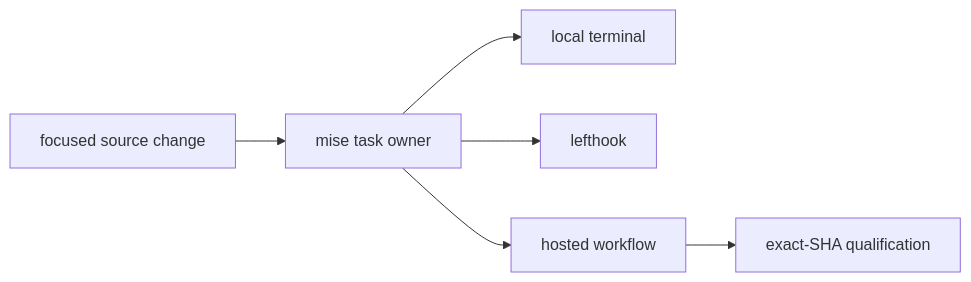
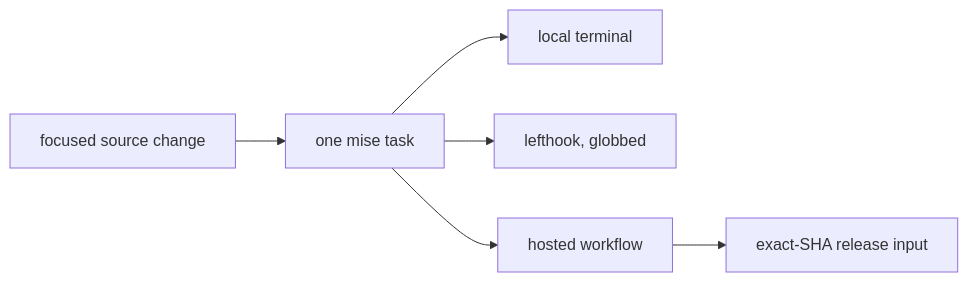
Before and after one commit to LuiGGi629/agentops-open-course: the diagram in content/8. Community/8.5. Contributions.md, drawn with Mermaid. The commit also changed other lines of this file and 58 other files, not shown here.

````diff
--- a/content/8. Community/8.5. Contributions.md
+++ b/content/8. Community/8.5. Contributions.md
@@ -27,8 +82,8 @@
 ```mermaid
 flowchart LR
-    Change["focused source change"] --> Mise["mise task owner"]
+    Change["focused source change"] --> Mise["one mise task"]
     Mise --> Local["local terminal"]
-    Mise --> Hook["lefthook"]
+    Mise --> Hook["lefthook, globbed"]
     Mise --> CI["hosted workflow"]
-    CI --> Release["exact-SHA qualification"]
+    CI --> Release["exact-SHA release input"]
 ```
````
